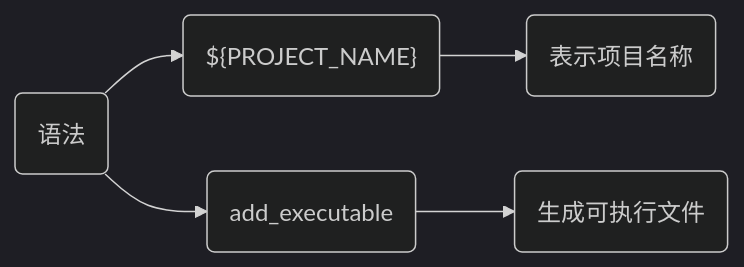
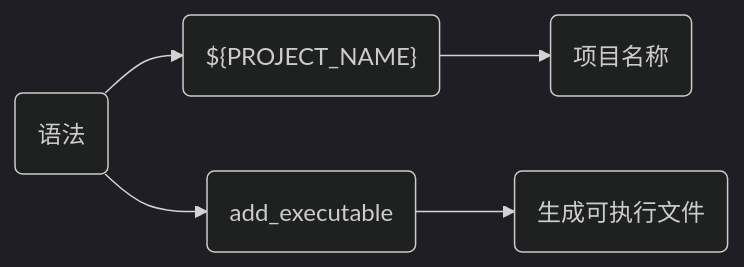
Diagram 13 of 17 in _posts/software/build_tool/cmake/2024-10-22-使用.md (dmjcb/dmjcb.github.io), drawn with Mermaid (dark theme) before and after one commit. The commit also changed other lines of this file and 3 other files, not shown here.

````diff
--- a/_posts/software/build_tool/cmake/2024-10-22-使用.md
+++ b/_posts/software/build_tool/cmake/2024-10-22-使用.md
@@ -225,6 +862,6 @@
 ```mermaid
 graph LR
     X(语法)
-    X-->A("${PROJECT_NAME}")-->A1(表示项目名称)
+    X-->A("${PROJECT_NAME}")-->A1(项目名称)
     X-->B(add_executable)-->B1(生成可执行文件)
 ```
````
